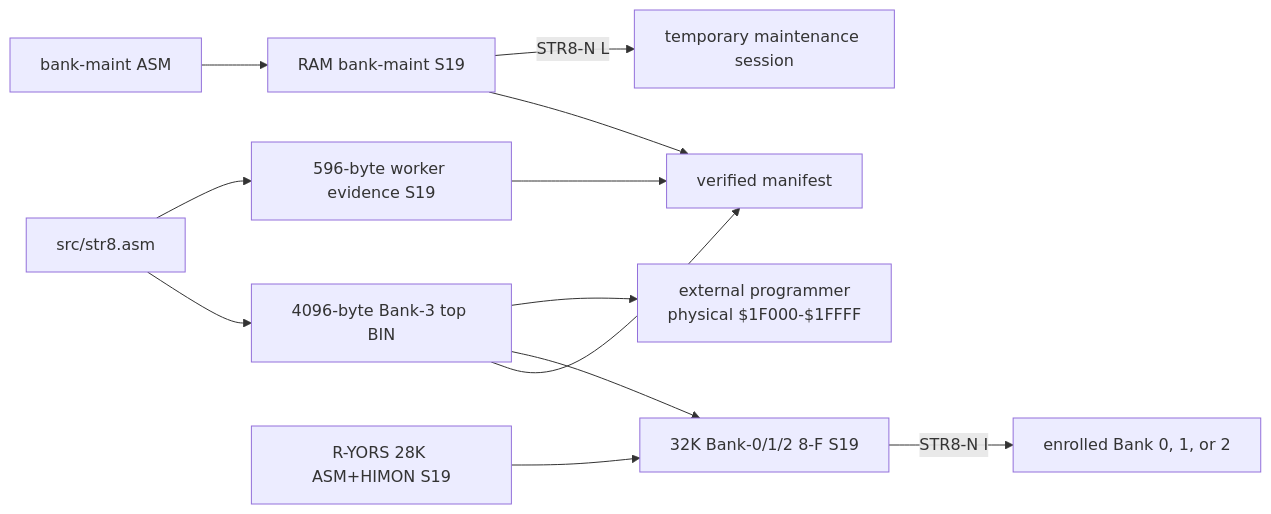
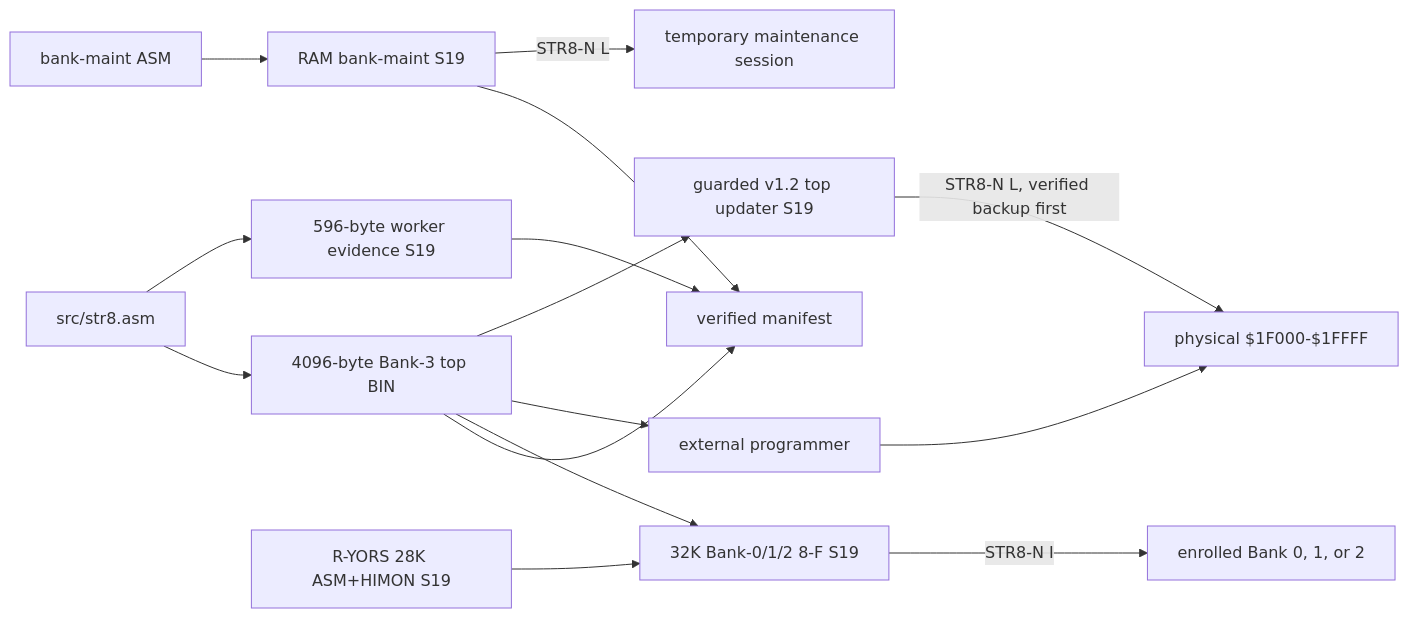
The second of 11 diagrams in docs/MAPS.md (95westus/STR8-N), drawn with Mermaid before and after one commit. The commit also changed other lines of this file and 29 other files, not shown here.

````diff
--- a/docs/MAPS.md
+++ b/docs/MAPS.md
@@ -38,14 +38,17 @@
 ```mermaid
 flowchart LR
     SRC[src/str8.asm] --> TOP[4096-byte Bank-3 top BIN]
     SRC --> WORKER[596-byte worker evidence S19]
     BM_SRC[bank-maint ASM] --> BM[RAM bank-maint S19]
     TOP --> MANIFEST[verified manifest]
     WORKER --> MANIFEST
     BM --> MANIFEST
     RY[R-YORS 28K ASM+HIMON S19] --> FULL[32K Bank-0/1/2 8-F S19]
     TOP --> FULL
-    TOP --> PROGRAMMER[external programmer<br/>physical $1F000-$1FFFF]
+    TOP --> PROGRAMMER[external programmer]
+    PROGRAMMER --> B3F[physical $1F000-$1FFFF]
+    TOP --> UPDATE[guarded v1.2 top updater S19]
+    UPDATE -->|STR8-N L, verified backup first| B3F
     BM -->|STR8-N L| RAM_TOOL[temporary maintenance session]
     FULL -->|STR8-N I| GUEST[enrolled Bank 0, 1, or 2]
 ```
````
